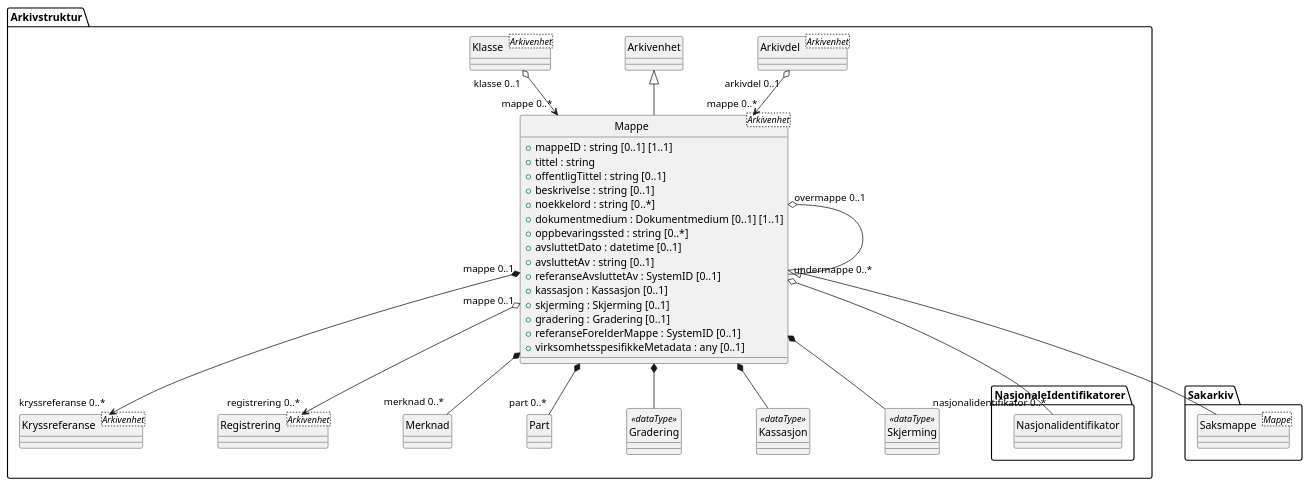
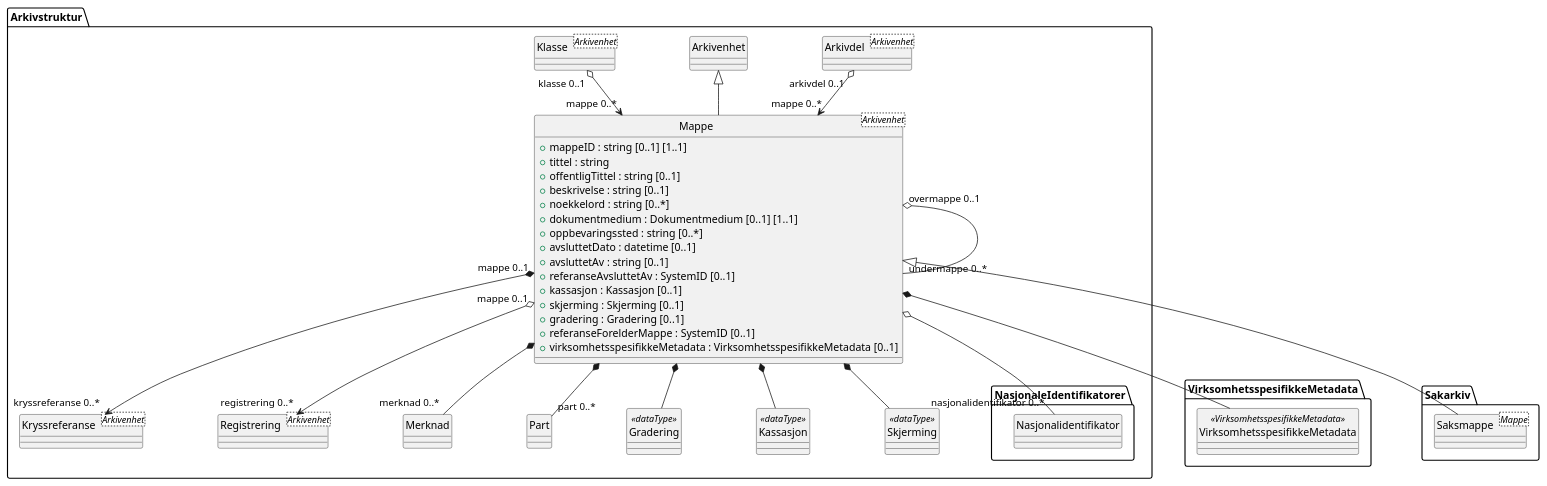
Before and after one commit to arkivverket/noark5-tjenestegrensesnitt-standard: the diagram in kapitler/media/uml-class-mappe.puml, drawn with PlantUML. The commit also changed 98 other files, not shown here.

Commit message:
Updated all UML diagrams based on chapter 7.

```diff
--- a/kapitler/media/uml-class-mappe.puml
+++ b/kapitler/media/uml-class-mappe.puml
@@ -1,58 +1,61 @@
 @startuml
 skinparam nodesep 100
 hide circle
 class Arkivstruktur.Mappe <Arkivenhet> {
   +mappeID : string [0..1] [1..1]
   +tittel : string
   +offentligTittel : string [0..1]
   +beskrivelse : string [0..1]
   +noekkelord : string [0..*]
   +dokumentmedium : Dokumentmedium [0..1] [1..1]
   +oppbevaringssted : string [0..*]
   +avsluttetDato : datetime [0..1]
   +avsluttetAv : string [0..1]
   +referanseAvsluttetAv : SystemID [0..1]
   +kassasjon : Kassasjon [0..1]
   +skjerming : Skjerming [0..1]
   +gradering : Gradering [0..1]
   +referanseForelderMappe : SystemID [0..1]
-  +virksomhetsspesifikkeMetadata : any [0..1]
+  +virksomhetsspesifikkeMetadata : VirksomhetsspesifikkeMetadata [0..1]
 }
 class Arkivstruktur.Arkivdel <Arkivenhet> {
 }
 Arkivstruktur.Arkivdel "arkivdel 0..1" o--> "mappe 0..*" Arkivstruktur.Mappe
 class Arkivstruktur.Arkivenhet {
 }
 Arkivstruktur.Arkivenhet <|-- Arkivstruktur.Mappe
 class Arkivstruktur.Klasse <Arkivenhet> {
 }
 Arkivstruktur.Klasse "klasse 0..1" o--> "mappe 0..*" Arkivstruktur.Mappe
 class Arkivstruktur.Kryssreferanse <Arkivenhet> {
 }
 Arkivstruktur.Mappe "mappe 0..1" *--> "kryssreferanse 0..*" Arkivstruktur.Kryssreferanse
 class Arkivstruktur.Registrering <Arkivenhet> {
 }
 Arkivstruktur.Mappe "mappe 0..1" o--> "registrering 0..*" Arkivstruktur.Registrering
 Arkivstruktur.Mappe "overmappe 0..1" o-- "undermappe 0..*" Arkivstruktur.Mappe
 class Arkivstruktur.Merknad {
 }
 Arkivstruktur.Mappe *-- "merknad 0..*" Arkivstruktur.Merknad
 class Arkivstruktur.Part {
 }
 Arkivstruktur.Mappe *-- "part 0..*" Arkivstruktur.Part
 class Arkivstruktur.Gradering <<dataType>> {
 }
 Arkivstruktur.Mappe *-- Arkivstruktur.Gradering
 class Arkivstruktur.Kassasjon <<dataType>> {
 }
 Arkivstruktur.Mappe *-- Arkivstruktur.Kassasjon
 class Arkivstruktur.Skjerming <<dataType>> {
 }
 Arkivstruktur.Mappe *-- Arkivstruktur.Skjerming
+class VirksomhetsspesifikkeMetadata.VirksomhetsspesifikkeMetadata <<VirksomhetsspesifikkeMetadata>> {
+}
+Arkivstruktur.Mappe *-- VirksomhetsspesifikkeMetadata.VirksomhetsspesifikkeMetadata
 class Sakarkiv.Saksmappe <Mappe> {
 }
 Arkivstruktur.Mappe <|-- Sakarkiv.Saksmappe
 class Arkivstruktur.NasjonaleIdentifikatorer.Nasjonalidentifikator {
 }
 Arkivstruktur.Mappe o-- "nasjonalidentifikator 0..*" Arkivstruktur.NasjonaleIdentifikatorer.Nasjonalidentifikator
 @enduml
```
